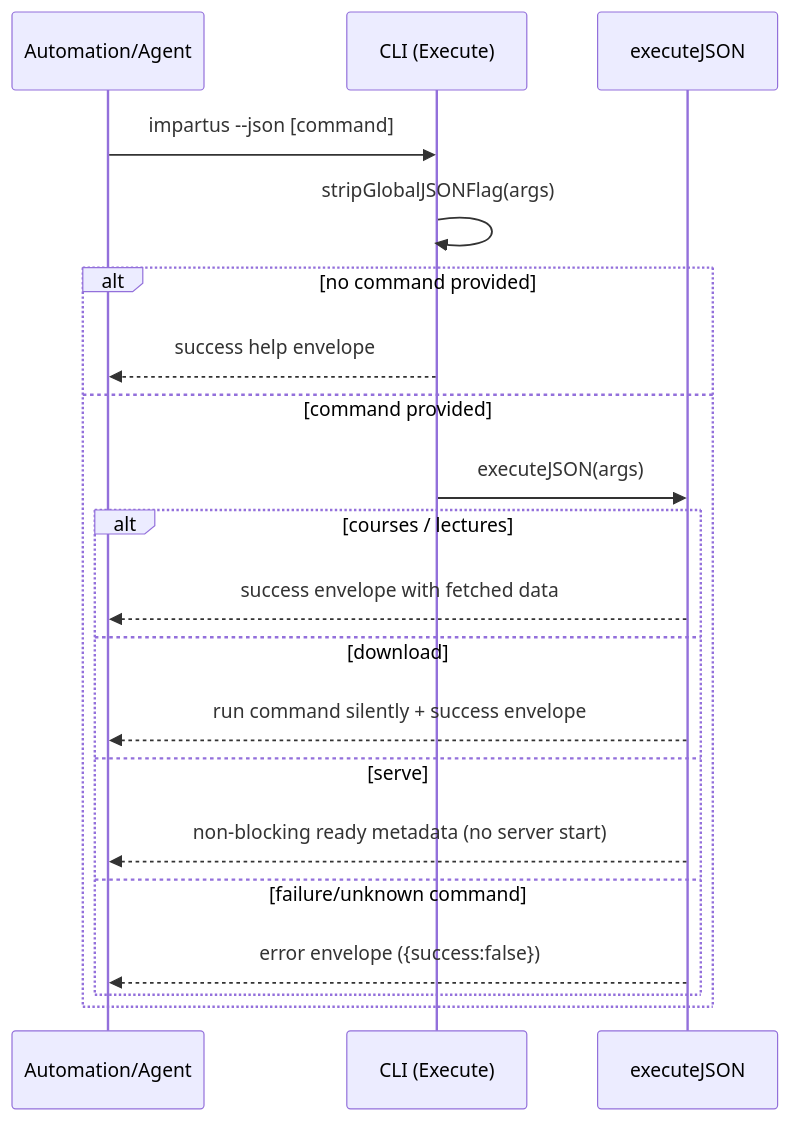
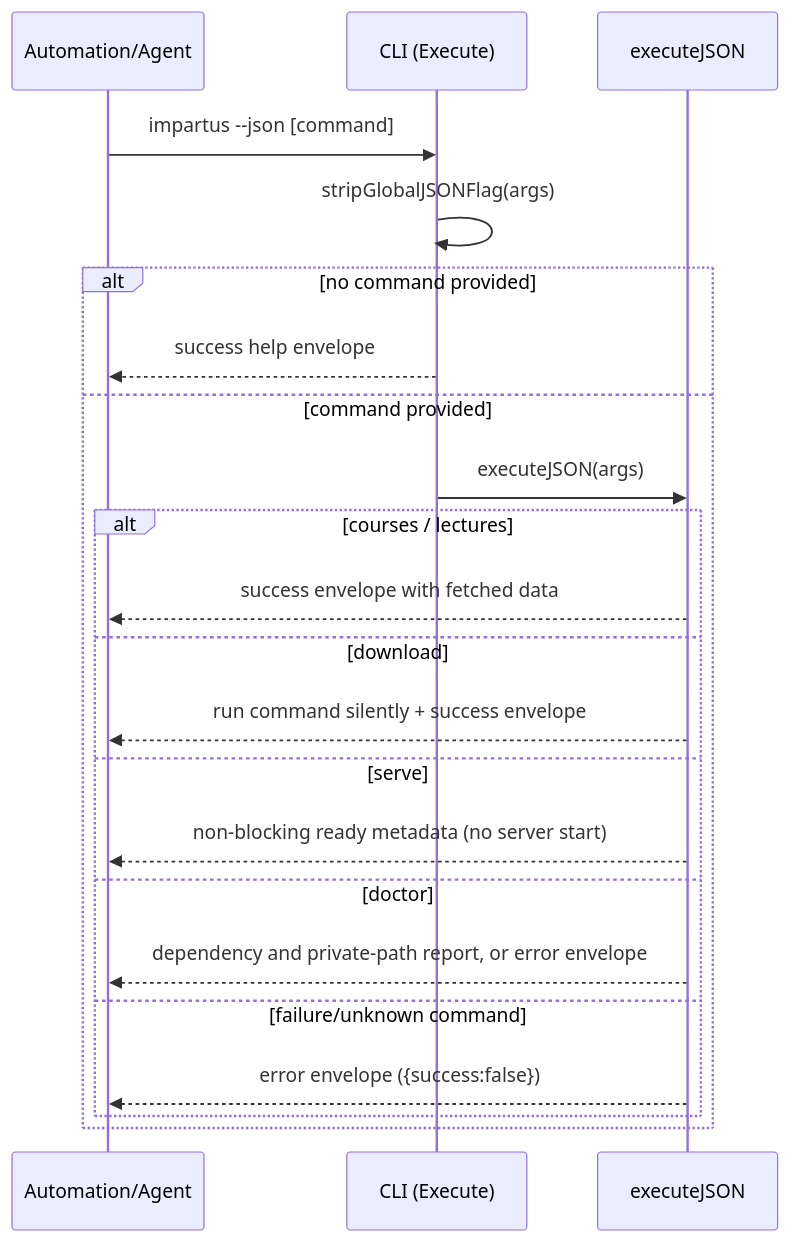
The second of 5 diagrams in docs/architecture.md (rabesss/impartus-cli), drawn with Mermaid before and after one commit. The commit also changed other lines of this file and 23 other files, not shown here.

````diff
--- a/docs/architecture.md
+++ b/docs/architecture.md
@@ -43,23 +43,25 @@
 ```mermaid
 sequenceDiagram
   participant A as Automation/Agent
   participant C as CLI (Execute)
   participant J as executeJSON
 
   A->>C: impartus --json [command]
   C->>C: stripGlobalJSONFlag(args)
   alt no command provided
     C-->>A: success help envelope
   else command provided
     C->>J: executeJSON(args)
     alt courses / lectures
       J-->>A: success envelope with fetched data
     else download
       J-->>A: run command silently + success envelope
     else serve
       J-->>A: non-blocking ready metadata (no server start)
+    else doctor
+      J-->>A: dependency and private-path report, or error envelope
     else failure/unknown command
       J-->>A: error envelope ({success:false})
     end
   end
 ```
````
